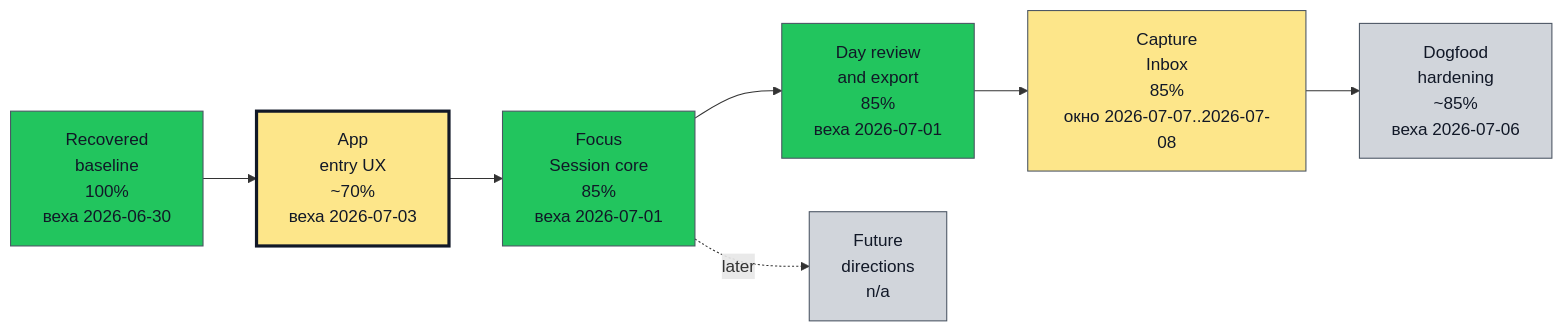
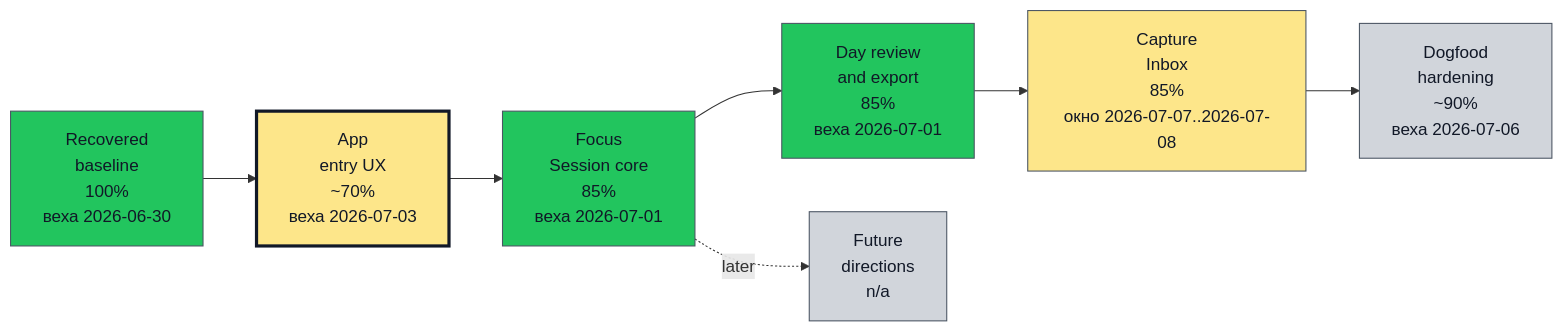
One commit to asukhodko/timeskein changed the first of 2 diagrams in docs/roadmap/opskarta.md. Above: the diagram before and after it, drawn with Mermaid. The commit also changed other lines of this file and 10 other files, not shown here.

````diff
--- a/docs/roadmap/opskarta.md
+++ b/docs/roadmap/opskarta.md
@@ -19,35 +19,35 @@
 ```mermaid
 flowchart LR
 
     classDef exec_done fill:#22c55e,stroke:#4b5563,color:#111827,stroke-width:1px
     classDef exec_in_progress fill:#0ea5e9,stroke:#4b5563,color:#111827,stroke-width:1px
     classDef exec_blocked fill:#fecaca,stroke:#4b5563,color:#111827,stroke-width:1px
     classDef exec_not_started fill:#9ca3af,stroke:#4b5563,color:#111827,stroke-width:1px
     classDef exec_mgmt_green fill:#86efac,stroke:#4b5563,color:#111827,stroke-width:1px
     classDef exec_mgmt_yellow fill:#fde68a,stroke:#4b5563,color:#111827,stroke-width:1px
     classDef exec_mgmt_red fill:#fca5a5,stroke:#4b5563,color:#111827,stroke-width:1px
     classDef exec_mgmt_neutral fill:#d1d5db,stroke:#4b5563,color:#111827,stroke-width:1px
 
     recovered_baseline["Recovered<br/>baseline<br/>100%<br/>веха 2026-06-30"]
     class recovered_baseline exec_done
     app_entry_ux["App<br/>entry UX<br/>~70%<br/>веха 2026-07-03"]
     class app_entry_ux exec_mgmt_yellow
     style app_entry_ux stroke:#111827,stroke-width:3px
     focus_session_core["Focus<br/>Session core<br/>85%<br/>веха 2026-07-01"]
     class focus_session_core exec_done
     day_review_export["Day review<br/>and export<br/>85%<br/>веха 2026-07-01"]
     class day_review_export exec_done
     capture_inbox["Capture<br/>Inbox<br/>85%<br/>окно 2026-07-07..2026-07-08"]
     class capture_inbox exec_mgmt_yellow
-    dogfood_hardening["Dogfood<br/>hardening<br/>~85%<br/>веха 2026-07-06"]
+    dogfood_hardening["Dogfood<br/>hardening<br/>~90%<br/>веха 2026-07-06"]
     class dogfood_hardening exec_mgmt_neutral
     future_directions["Future<br/>directions<br/>n/a"]
     class future_directions exec_mgmt_neutral
 
     recovered_baseline --> app_entry_ux
     app_entry_ux --> focus_session_core
     focus_session_core --> day_review_export
     day_review_export --> capture_inbox
     capture_inbox --> dogfood_hardening
     focus_session_core -. later .-> future_directions
 ```
````
